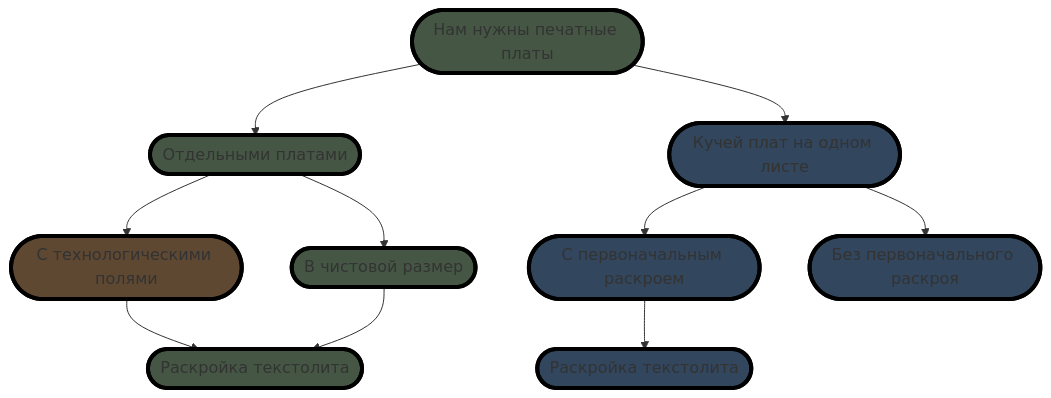
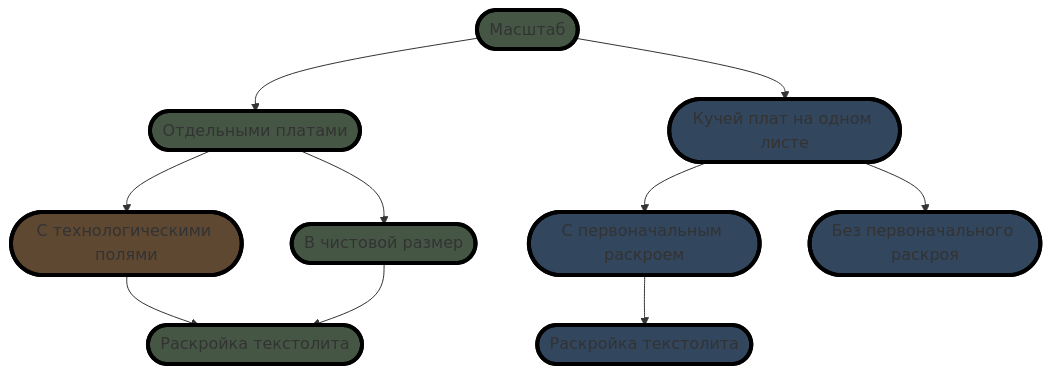
One commit to ufrs12/OLTA-RU changed the second of 2 diagrams in README.md. Above: the diagram before and after it, drawn with Mermaid.

````diff
--- a/README.md
+++ b/README.md
@@ -37,29 +37,29 @@
 ```mermaid
 graph TD;
 classDef class1 fill:#544457, stroke:#000, stroke-width:4px
 classDef class2 fill:#32465e, stroke:#000, stroke-width:4px
 classDef class3 fill:#455744, stroke:#000, stroke-width:4px
 classDef class4 fill:#5e4832, stroke:#000, stroke-width:4px
 classDef class5 fill:#5e3332, stroke:#000, stroke-width:4px
 
-    Z([Нам нужны печатные платы]):::class3
+    Z([Масштаб]):::class3
     A([Отдельными платами]):::class3
     B([Кучей плат на одном листе]):::class2
     C([С технологическими полями]):::class4
     D([В чистовой размер]):::class3
     E([С первоначальным раскроем]):::class2
     F([Без первоначального раскроя]):::class2
     G([Раскройка текстолита]):::class3
     H([Раскройка текстолита]):::class2
     Z-->A;
     Z-->B;
 
     A-->C;
     A-->D;
     C-->G;
     D-->G;
 
     B-->E;
     B-->F;
     E-->H;
 ```
````
